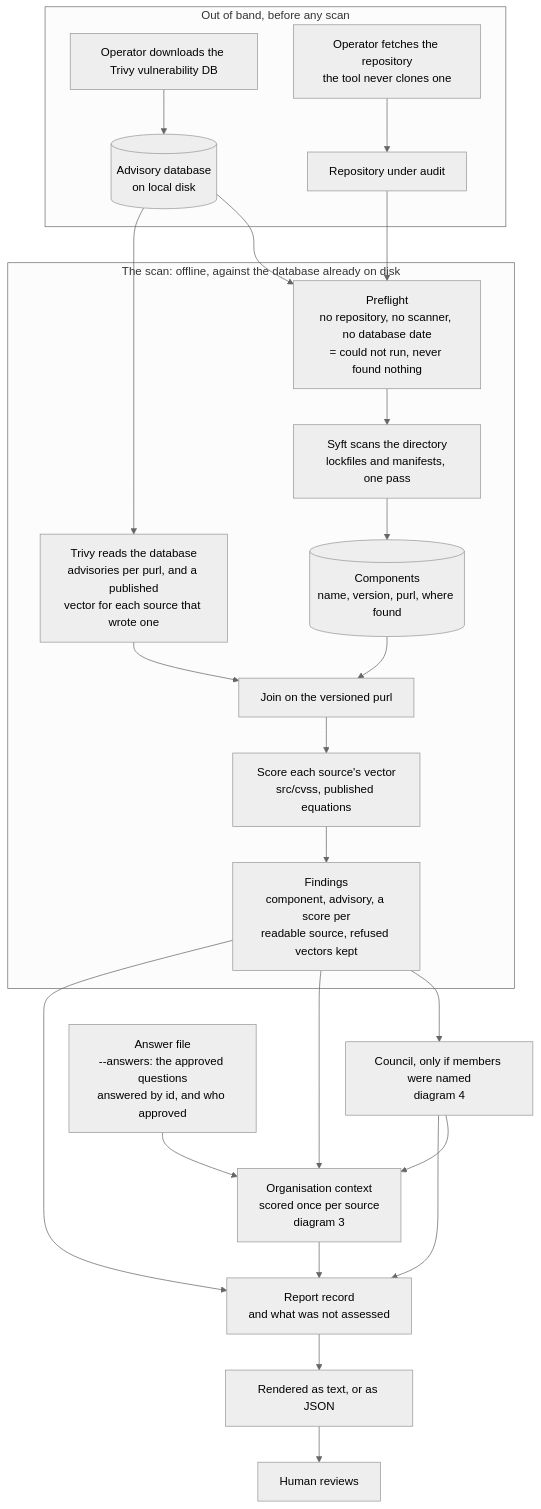
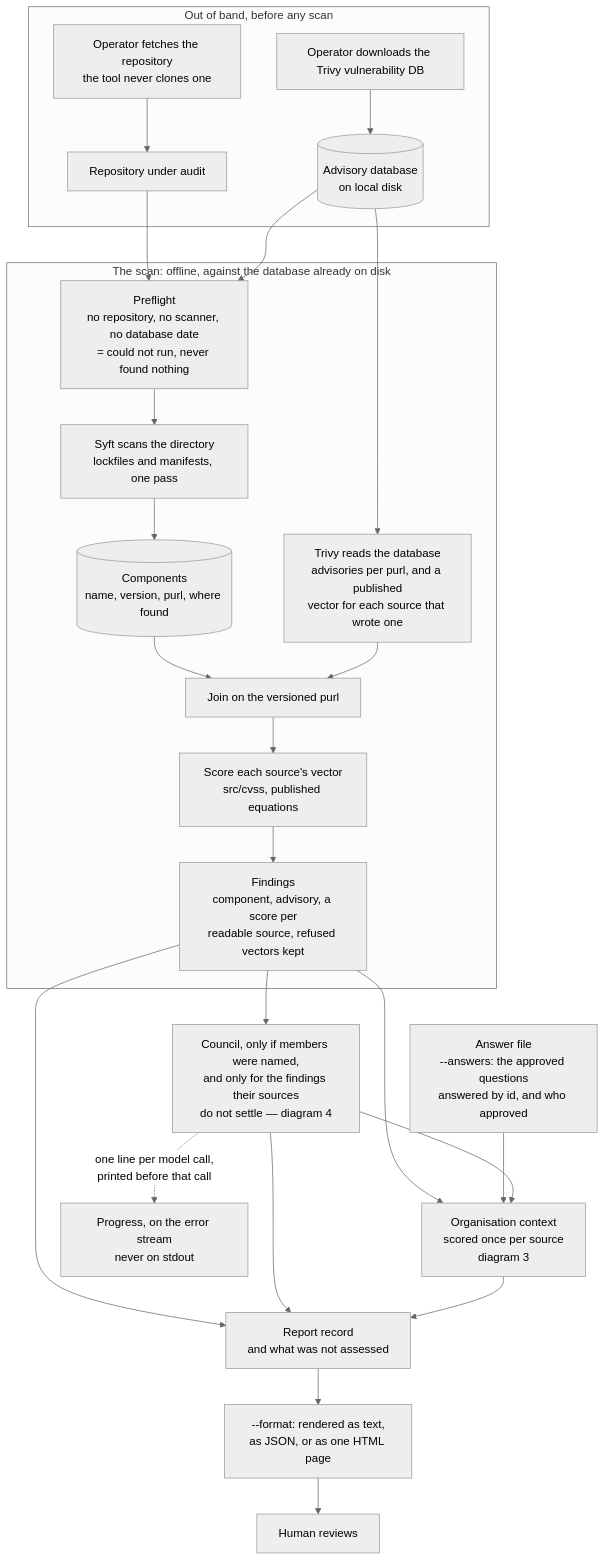
One commit to heinthtnaung/AgenticLLMAppAuditor changed the first of 5 diagrams in docs/diagrams.md. Above: the diagram before and after it, drawn with Mermaid (neutral theme). The commit also changed other lines of this file and 2 other files, not shown here.

Commit message:
Document the council's scope and correct what it orchestrates

````diff
--- a/docs/diagrams.md
+++ b/docs/diagrams.md
@@ -36,32 +36,33 @@
 ```mermaid
 flowchart TD
     subgraph OOB["Out of band, before any scan"]
         fetch["Operator downloads the Trivy vulnerability DB"] --> adb[("Advisory database<br/>on local disk")]
         get["Operator fetches the repository<br/>the tool never clones one"] --> repo["Repository under audit"]
     end
 
     subgraph SCAN["The scan: offline, against the database already on disk"]
         pre["Preflight<br/>no repository, no scanner, no database date<br/>= could not run, never found nothing"]
         repo --> pre
         pre --> syft["Syft scans the directory<br/>lockfiles and manifests, one pass"]
         syft --> comp[("Components<br/>name, version, purl, where found")]
         trivy["Trivy reads the database<br/>advisories per purl, and a published<br/>vector for each source that wrote one"]
         comp --> join["Join on the versioned purl"]
         trivy --> join
         join --> asm["Score each source's vector<br/>src/cvss, published equations"]
         asm --> fin["Findings<br/>component, advisory, a score per<br/>readable source, refused vectors kept"]
     end
 
     adb --> pre
     adb --> trivy
 
-    fin --> cou["Council, only if members were named<br/>diagram 4"]
+    fin --> cou["Council, only if members were named,<br/>and only for the findings their sources<br/>do not settle — diagram 4"]
     fin --> ctx["Organisation context<br/>scored once per source<br/>diagram 3"]
     ans["Answer file<br/>--answers: the approved questions<br/>answered by id, and who approved"] --> ctx
     cou --> ctx
     fin --> rec["Report record<br/>and what was not assessed"]
     cou --> rec
     ctx --> rec
-    rec --> out["Rendered as text, or as JSON"]
+    rec --> out["--format: rendered as text,<br/>as JSON, or as one HTML page"]
     out --> hum["Human reviews"]
+    cou -. "one line per model call,<br/>printed before that call" .-> err["Progress, on the error stream<br/>never on stdout"]
 ```
````
